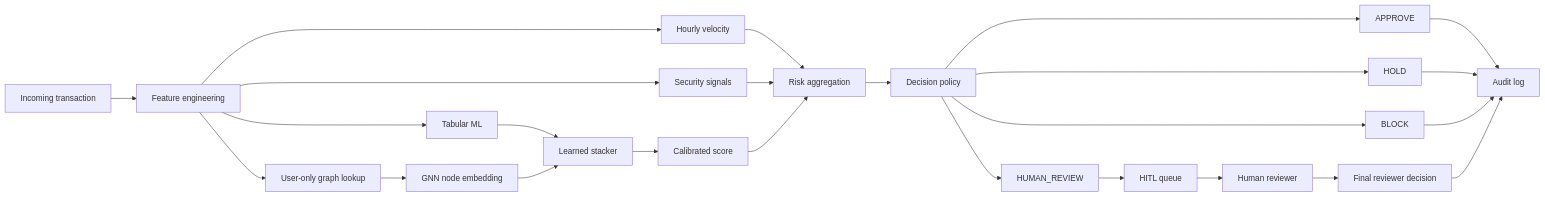
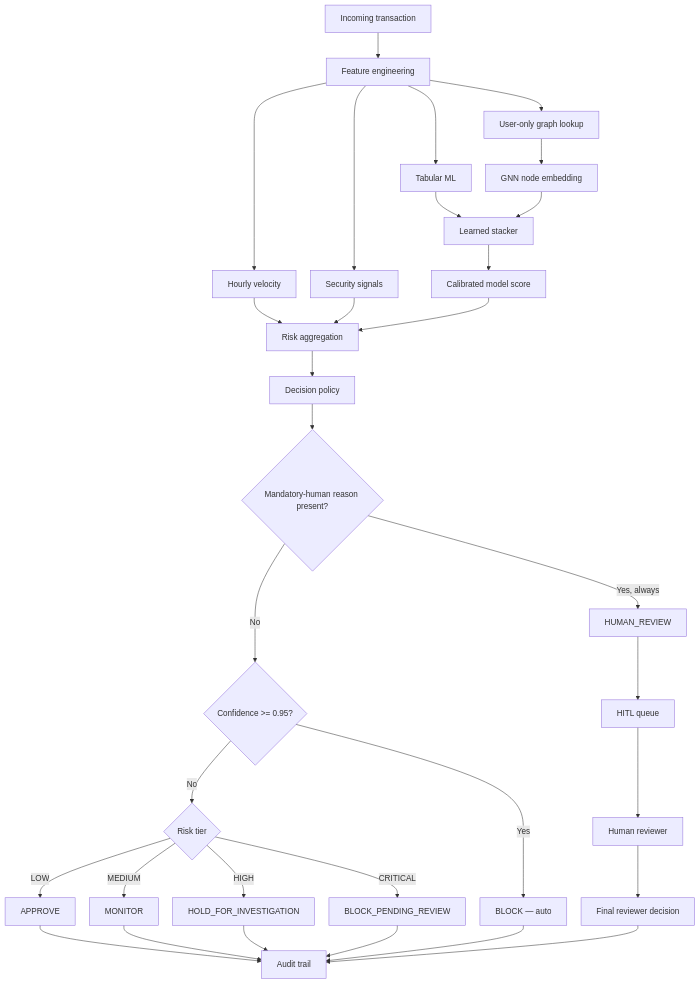
The diagram in docs/diagrams/transaction-flow.mmd (Dikshu015/RazorRisk-Agentic-AI-Payment-Fraud-Risk-Investigation-Platform), drawn with Mermaid before and after one commit. The commit also changed 2 other files, not shown here.

Commit message:
added auto block threeshold

```diff
--- a/docs/diagrams/transaction-flow.mmd
+++ b/docs/diagrams/transaction-flow.mmd
@@ -1,25 +1,33 @@
-flowchart LR
+%%{init: {'flowchart': {'nodeSpacing': 28, 'rankSpacing': 50}}}%%
+flowchart TB
     T[Incoming transaction] --> F[Feature engineering]
     F --> V[Hourly velocity]
     F --> S[Security signals]
     F --> TM[Tabular ML]
     F --> G[User-only graph lookup]
     G --> GN[GNN node embedding]
     TM --> ST[Learned stacker]
     GN --> ST
-    ST --> CS[Calibrated score]
+    ST --> CS[Calibrated model score]
     V --> RA[Risk aggregation]
     S --> RA
     CS --> RA
     RA --> P[Decision policy]
-    P --> A[APPROVE]
-    P --> H[HOLD]
-    P --> B[BLOCK]
-    P --> R[HUMAN_REVIEW]
+    P --> M{Mandatory-human reason present?}
+    M -->|Yes, always| R[HUMAN_REVIEW]
+    M -->|No| C{Confidence >= 0.95?}
+    C -->|Yes| B[BLOCK — auto]
+    C -->|No| TIER{Risk tier}
+    TIER -->|LOW| A[APPROVE]
+    TIER -->|MEDIUM| MON[MONITOR]
+    TIER -->|HIGH| HOLD[HOLD_FOR_INVESTIGATION]
+    TIER -->|CRITICAL| BPR[BLOCK_PENDING_REVIEW]
     R --> Q[HITL queue]
     Q --> HR[Human reviewer]
     HR --> D[Final reviewer decision]
-    A --> AU[Audit log]
-    H --> AU
+    A --> AU[Audit trail]
+    MON --> AU
+    HOLD --> AU
+    BPR --> AU
     B --> AU
     D --> AU
```
